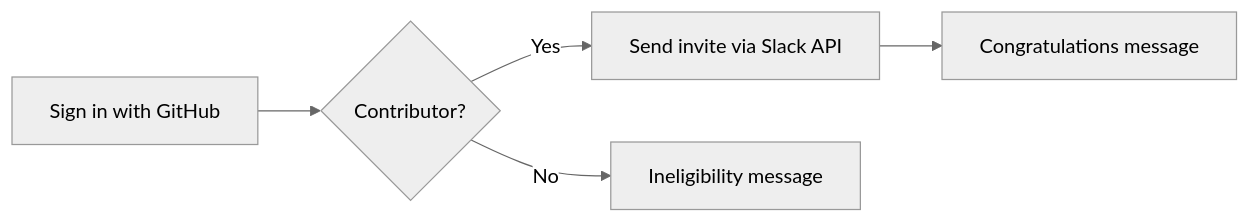
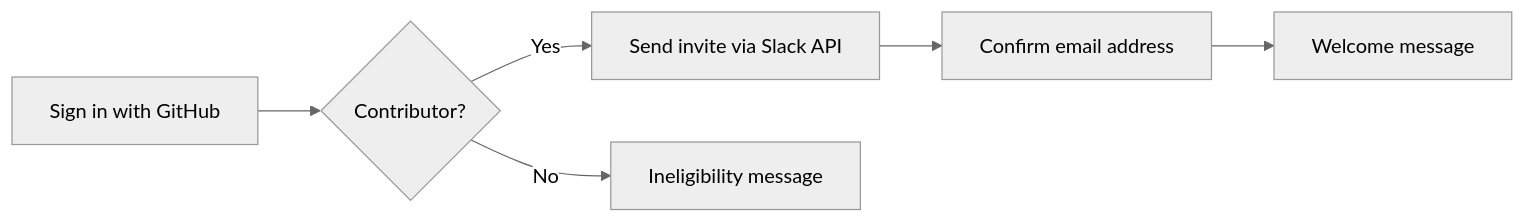
The first of 2 diagrams in _posts/2019-09-26-2019-building-admissions.md (jaimerodas/elixirschool), drawn with Mermaid (neutral theme) before and after one commit. The commit also changed other lines of this file, not shown here.

````diff
--- a/_posts/2019-09-26-2019-building-admissions.md
+++ b/_posts/2019-09-26-2019-building-admissions.md
@@ -15,7 +15,8 @@
 ```mermaid
 graph LR
     A["Sign in with GitHub"] --> B{"Contributor?"}
-    B-- Yes -->D["Send invite via Slack API"]
-    B-- No -->E["Ineligibility message"]
-    D-->F["Congratulations message"]
+    B-- Yes -->C["Send invite via Slack API"]
+    B-- No -->D["Ineligibility message"]
+    C-->E["Confirm email address"]
+    E-->F["Welcome message"]
 ```
````
